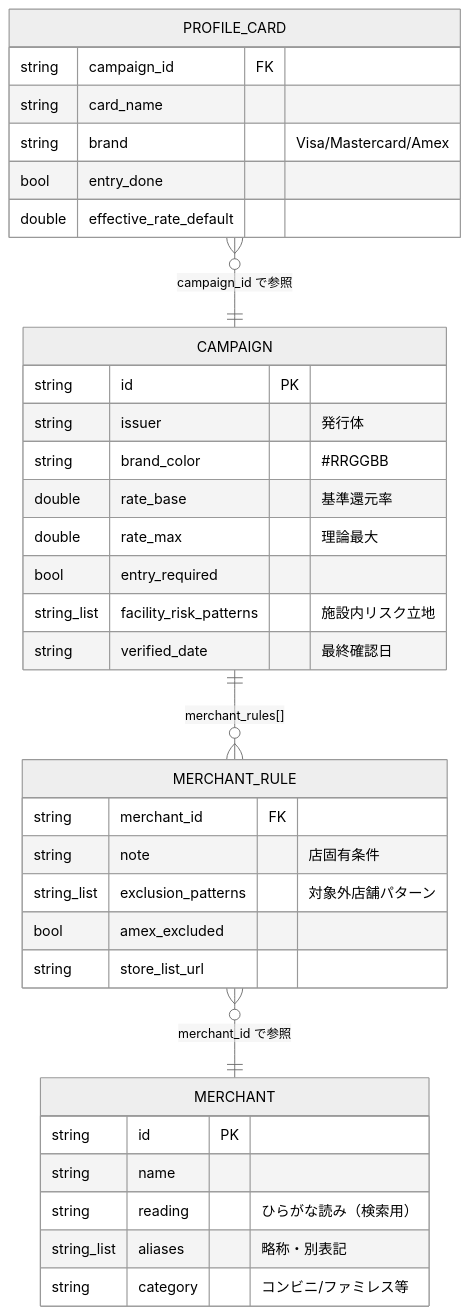
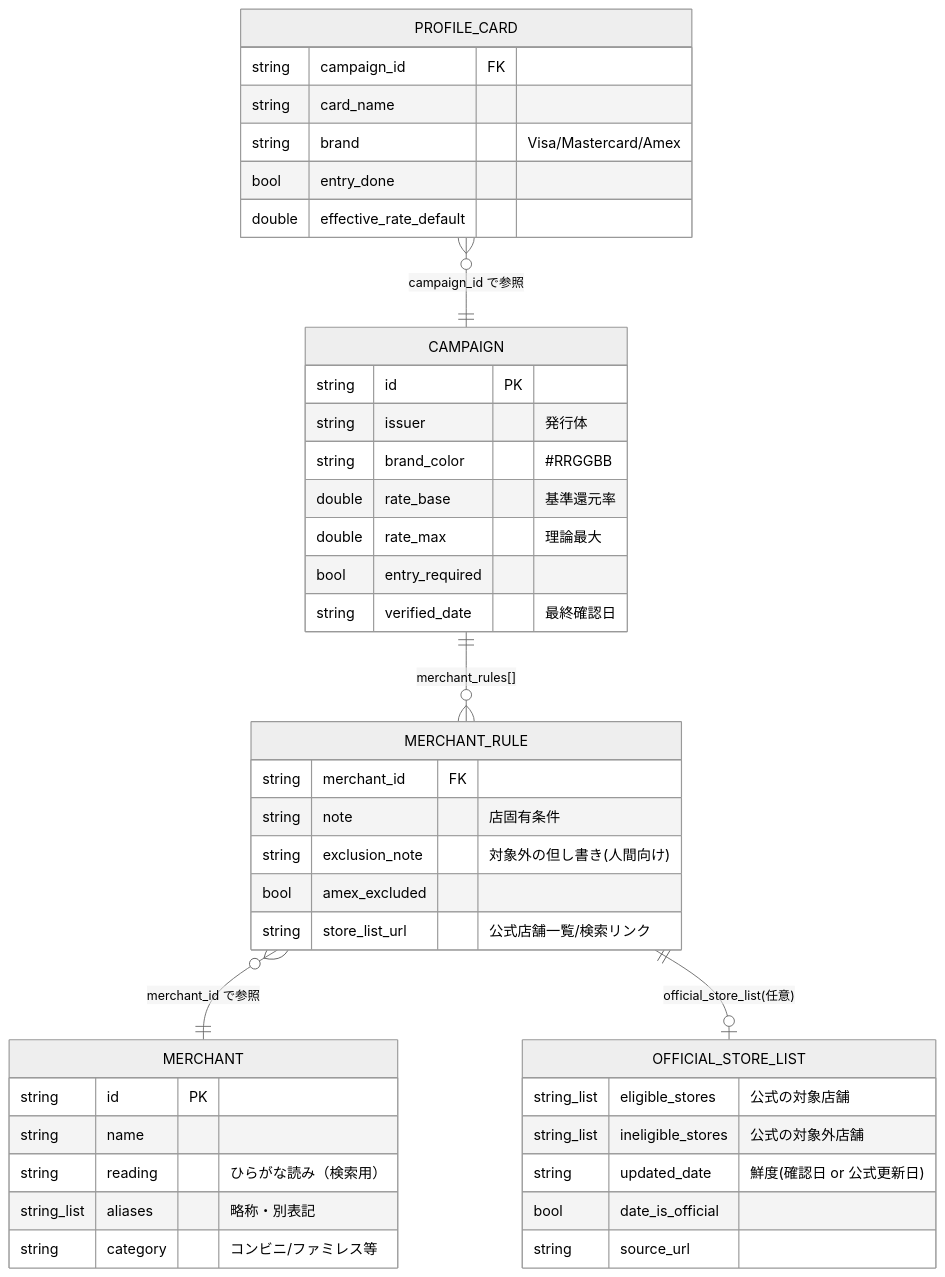
The second of 6 diagrams in docs/code-guide.md (ktakjm/poikatsu), drawn with Mermaid (neutral theme) before and after one commit. The commit also changed other lines of this file and 8 other files, not shown here.

First line of the commit message:
feat: judge store eligibility from official lists, drop keyword warnings

````diff
--- a/docs/code-guide.md
+++ b/docs/code-guide.md
@@ -111,37 +113,44 @@
 ```mermaid
 erDiagram
     MERCHANT {
         string id PK
         string name
         string reading "ひらがな読み（検索用）"
         string_list aliases "略称・別表記"
         string category "コンビニ/ファミレス等"
     }
     CAMPAIGN {
         string id PK
         string issuer "発行体"
         string brand_color "#RRGGBB"
         double rate_base "基準還元率"
         double rate_max "理論最大"
         bool entry_required
-        string_list facility_risk_patterns "施設内リスク立地"
         string verified_date "最終確認日"
     }
     MERCHANT_RULE {
         string merchant_id FK
         string note "店固有条件"
-        string_list exclusion_patterns "対象外店舗パターン"
+        string exclusion_note "対象外の但し書き(人間向け)"
         bool amex_excluded
-        string store_list_url
+        string store_list_url "公式店舗一覧/検索リンク"
+    }
+    OFFICIAL_STORE_LIST {
+        string_list eligible_stores "公式の対象店舗"
+        string_list ineligible_stores "公式の対象外店舗"
+        string updated_date "鮮度(確認日 or 公式更新日)"
+        bool date_is_official
+        string source_url
     }
     PROFILE_CARD {
         string campaign_id FK
         string card_name
         string brand "Visa/Mastercard/Amex"
         bool entry_done
         double effective_rate_default
     }
     CAMPAIGN ||--o{ MERCHANT_RULE : "merchant_rules[]"
     MERCHANT_RULE }o--|| MERCHANT : "merchant_id で参照"
+    MERCHANT_RULE ||--o| OFFICIAL_STORE_LIST : "official_store_list(任意)"
     PROFILE_CARD }o--|| CAMPAIGN : "campaign_id で参照"
 ```
````
